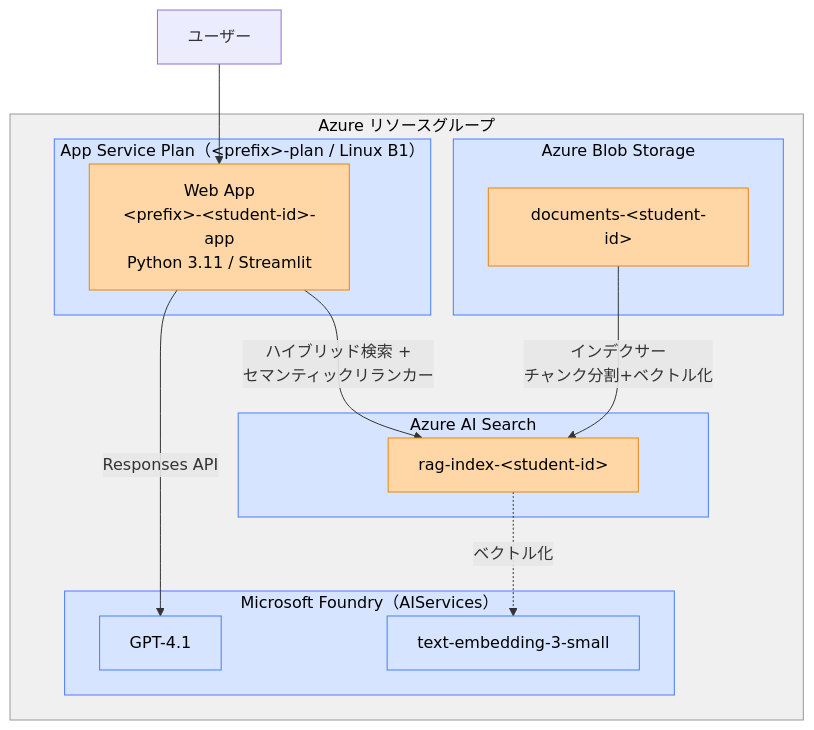
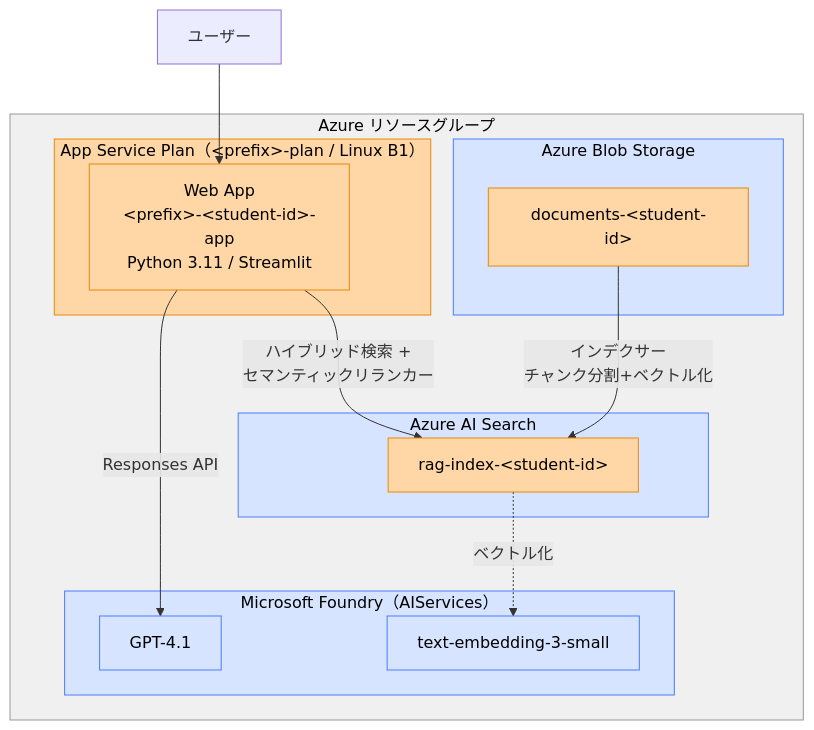
Before and after one commit to teshi22/rag_mcp_workshop: the diagram in 01-rag/README.md, drawn with Mermaid. The commit also changed other lines of this file, not shown here.

First line of the commit message:
Fix App Service Plan color and Foundry endpoint description in 01-rag README

````diff
--- a/01-rag/README.md
+++ b/01-rag/README.md
@@ -7,39 +7,39 @@
 ```mermaid
 graph TB
     subgraph Azure["Azure リソースグループ"]
         subgraph Foundry["Microsoft Foundry（AIServices）"]
             GPT["GPT-4.1"]:::shared
             Emb["text-embedding-3-small"]:::shared
         end
 
         subgraph StorageAccount["Azure Blob Storage"]
             Container["documents-&lt;student-id&gt;"]:::per_student
         end
 
         subgraph SearchService["Azure AI Search"]
             Index["rag-index-&lt;student-id&gt;"]:::per_student
         end
 
         subgraph AppServicePlan["App Service Plan（&lt;prefix&gt;-plan / Linux B1）"]
             WebApp["Web App<br/>&lt;prefix&gt;-&lt;student-id&gt;-app<br/>Python 3.11 / Streamlit"]:::per_student
         end
     end
 
     User["ユーザー"]
 
     Container -- "インデクサー<br/>チャンク分割+ベクトル化" --> Index
     Index -. "ベクトル化" .-> Emb
 
     User --> WebApp
     WebApp -- "ハイブリッド検索 +<br/>セマンティックリランカー" --> Index
     WebApp -- "Responses API" --> GPT
 
     classDef per_student fill:#ffd6a5,stroke:#e8890c,color:#000
     classDef shared fill:#d6e4ff,stroke:#4a7dff,color:#000
 
     style Azure fill:#f0f0f0,stroke:#999,color:#000
     style Foundry fill:#d6e4ff,stroke:#4a7dff,color:#000
     style StorageAccount fill:#d6e4ff,stroke:#4a7dff,color:#000
     style SearchService fill:#d6e4ff,stroke:#4a7dff,color:#000
-    style AppServicePlan fill:#d6e4ff,stroke:#4a7dff,color:#000
+    style AppServicePlan fill:#ffd6a5,stroke:#e8890c,color:#000
 ```
````
